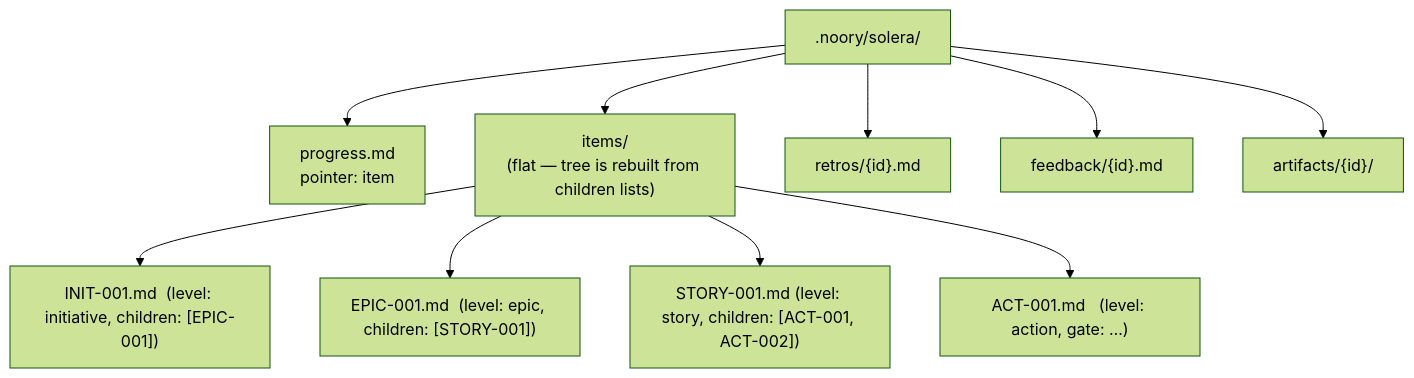
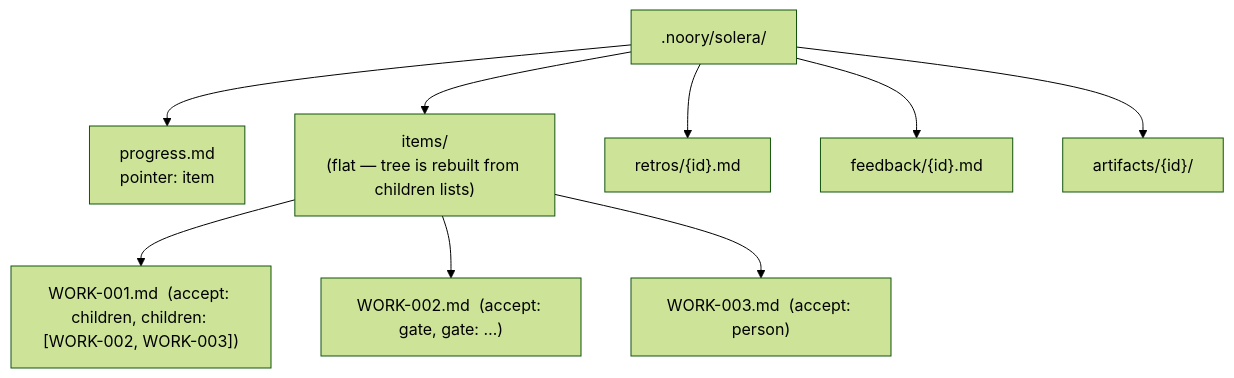
Before and after one commit to noory-code/novel-ai: the fifth of 5 diagrams in plugins/solera/docs/SPEC.md, drawn with Mermaid (forest theme). The commit also changed other lines of this file and 11 other files, not shown here.

````diff
--- a/plugins/solera/docs/SPEC.md
+++ b/plugins/solera/docs/SPEC.md
@@ -311,12 +310,11 @@
 ```mermaid
 flowchart TD
     R[".noory/solera/"] --> P["progress.md<br/>pointer: item"]
     R --> I["items/<br/>(flat — tree is rebuilt from children lists)"]
     R --> R2["retros/{id}.md"]
     R --> FB["feedback/{id}.md"]
     R --> AR["artifacts/{id}/"]
-    I --> I1["INIT-001.md  (level: initiative, children: [EPIC-001])"]
-    I --> I2["EPIC-001.md  (level: epic, children: [STORY-001])"]
-    I --> I3["STORY-001.md (level: story, children: [ACT-001, ACT-002])"]
-    I --> I4["ACT-001.md   (level: action, gate: …)"]
+    I --> I1["WORK-001.md  (accept: children, children: [WORK-002, WORK-003])"]
+    I --> I2["WORK-002.md  (accept: gate, gate: …)"]
+    I --> I3["WORK-003.md  (accept: person)"]
 ```
````
